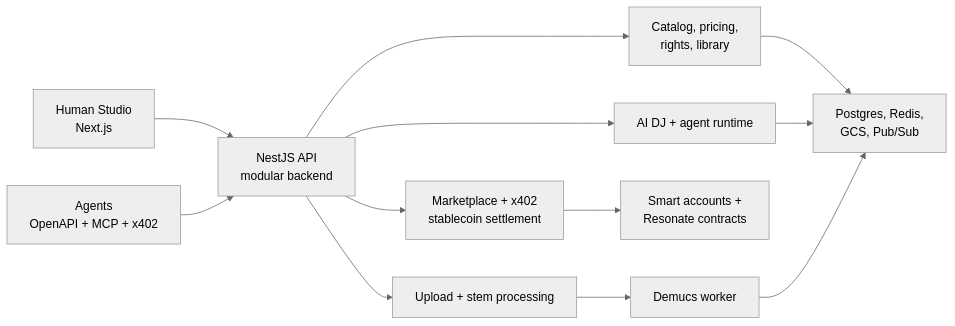
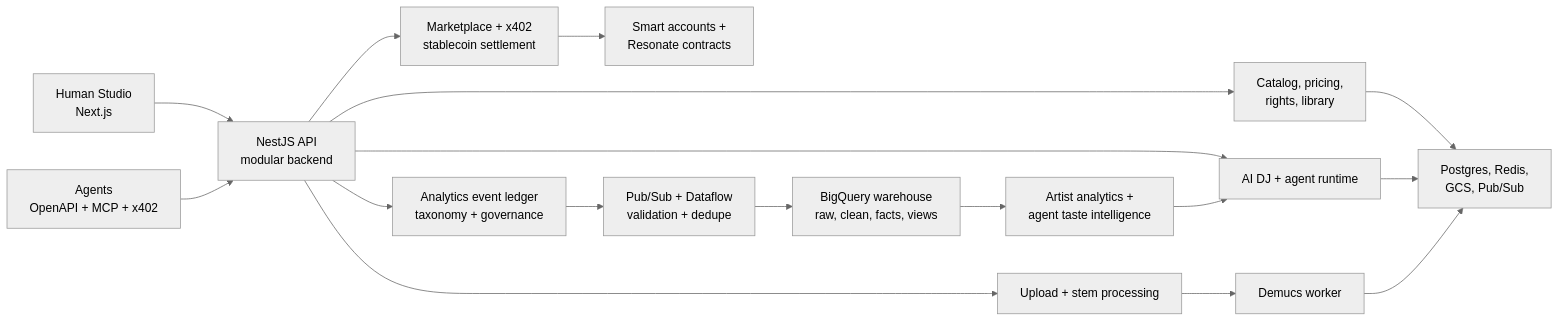
One commit to akoita/resonate changed the diagram in README.md. Above: the diagram before and after it, drawn with Mermaid (neutral theme). The commit also changed other lines of this file and 2 other files, not shown here.

Commit message:
docs: refresh architecture visuals

````diff
--- a/README.md
+++ b/README.md
@@ -184,14 +186,19 @@
 ```mermaid
 flowchart LR
   Studio["Human Studio<br>Next.js"] --> API["NestJS API<br>modular backend"]
   Agents["Agents<br>OpenAPI + MCP + x402"] --> API
   API --> Catalog["Catalog, pricing,<br>rights, library"]
   API --> Commerce["Marketplace + x402<br>stablecoin settlement"]
   API --> Runtime["AI DJ + agent runtime"]
   API --> Ingestion["Upload + stem processing"]
+  API --> Analytics["Analytics event ledger<br>taxonomy + governance"]
   Commerce --> Chain["Smart accounts +<br>Resonate contracts"]
   Ingestion --> Worker["Demucs worker"]
+  Analytics --> Stream["Pub/Sub + Dataflow<br>validation + dedupe"]
+  Stream --> Warehouse["BigQuery warehouse<br>raw, clean, facts, views"]
+  Warehouse --> Reports["Artist analytics +<br>agent taste intelligence"]
   Catalog --> Data["Postgres, Redis,<br>GCS, Pub/Sub"]
   Runtime --> Data
   Worker --> Data
+  Reports --> Runtime
 ```
````
